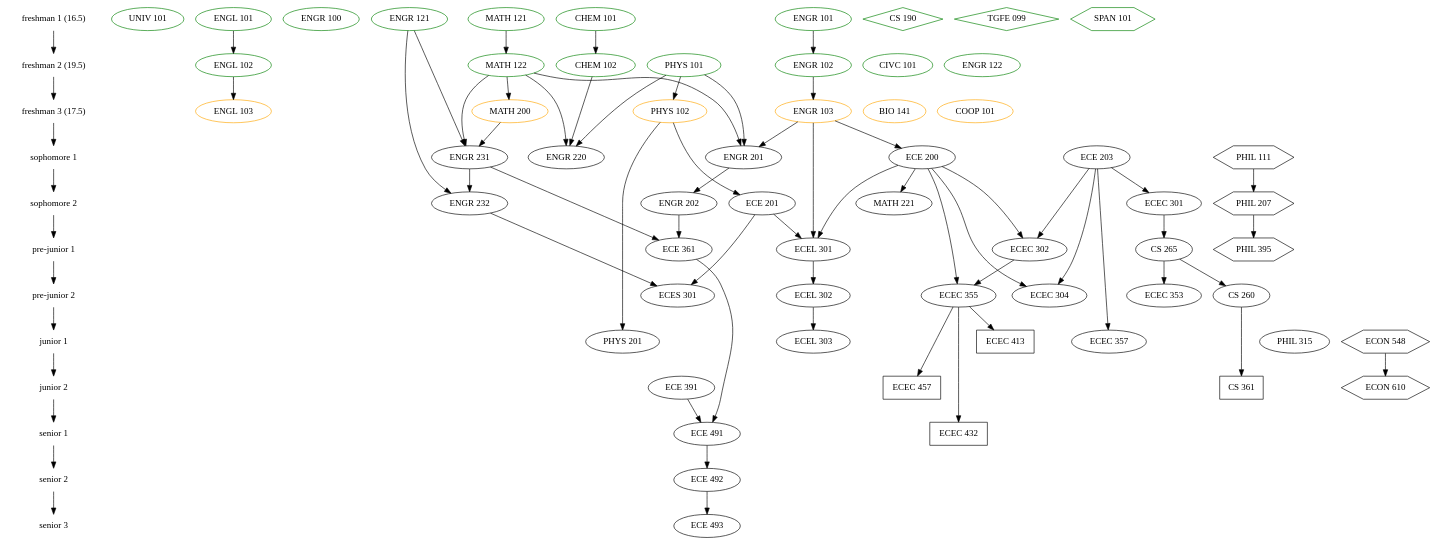
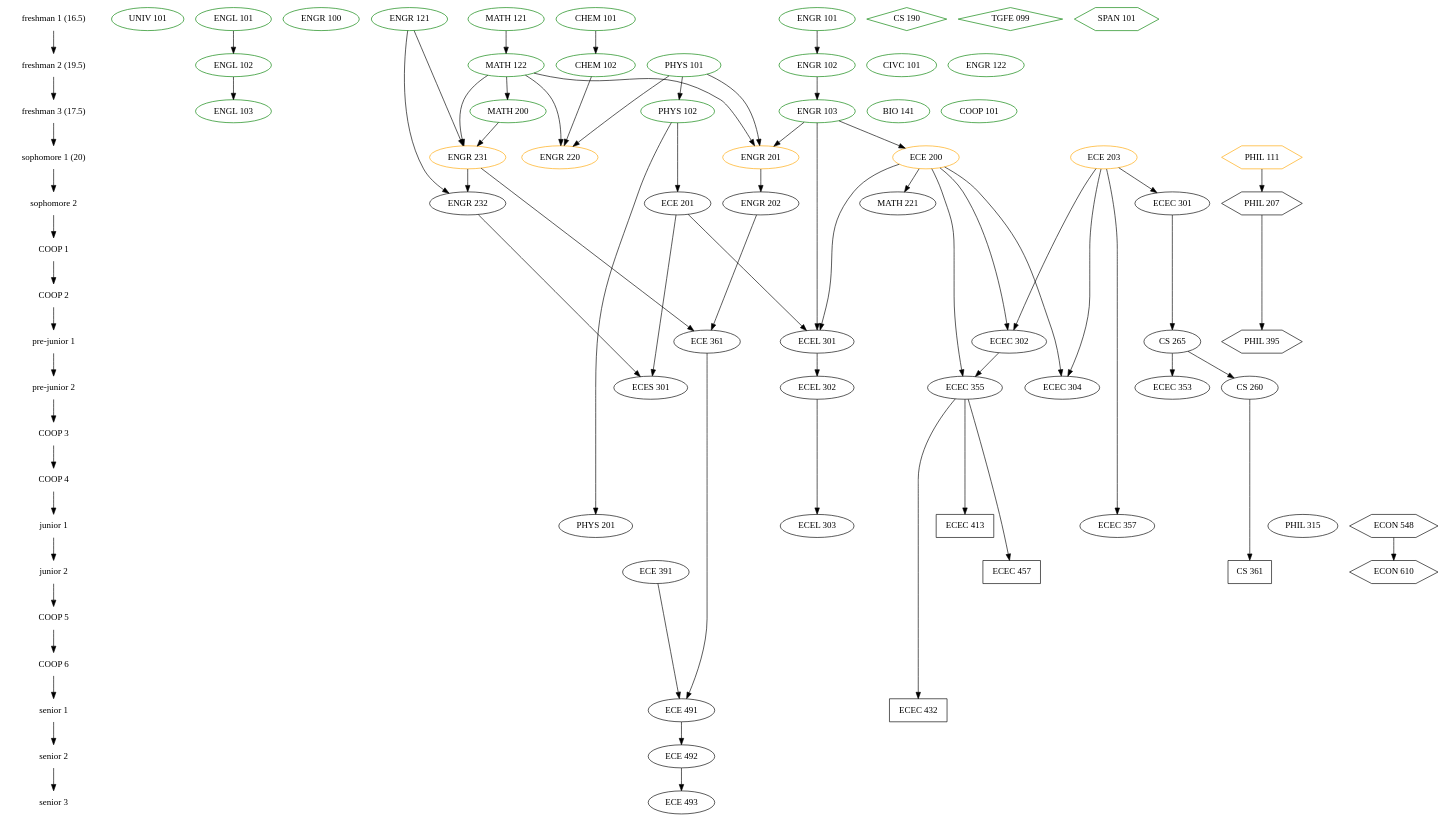
The diagram in classes.gv (Theodus/coursework), drawn with Graphviz before and after one commit. The commit also changed 1 other file, not shown here.

Commit message:
add sophomore 1 classes

```diff
--- a/classes.gv
+++ b/classes.gv
@@ -1,159 +1,167 @@
 /* Key:
 
 color:
 green = already taken
 orange = currently taking
 black = not taken
 
 shape:
 ellipse = fixed major degree requirement
 box = major degree elective
 diamond = free elective
 hexagon = general education elective
 */
 
 digraph Classes {
 
   { node [shape=plaintext]
     "freshman 1 (16.5)" ->
     "freshman 2 (19.5)" ->
     "freshman 3 (17.5)" ->
-    "sophomore 1" ->
+    "sophomore 1 (20)" ->
     "sophomore 2" ->
+    "COOP 1" ->
+    "COOP 2" ->
     "pre-junior 1" ->
     "pre-junior 2" ->
+    "COOP 3" ->
+    "COOP 4" ->
     "junior 1" ->
     "junior 2" ->
+    "COOP 5" ->
+    "COOP 6" ->
     "senior 1" ->
     "senior 2" ->
     "senior 3"
   }
 
   { node [color=green]
     { rank=same "freshman 1 (16.5)"
       "UNIV 101"
       "ENGL 101"
       "ENGR 100"
       "CHEM 101"
       "ENGR 101"
       "ENGR 121"
       "MATH 121"
 
       // AP Credit
       "CS 190" [shape=diamond]
       "TGFE 099" [shape=diamond]
       "SPAN 101" [shape=hexagon]
     }
     { rank=same "freshman 2 (19.5)"
       "CIVC 101"
       "ENGL 102"
       "CHEM 102"
       "ENGR 102"
       "ENGR 122"
       "MATH 122"
       "PHYS 101"
     }
   }
-  { node [color=orange]
+  { node [color=green]
     { rank=same "freshman 3 (17.5)"
       "ENGL 103"
       "ENGR 103"
       "BIO 141"
       "COOP 101"
       "PHYS 102"
       "MATH 200"
     }
   }
-  { rank=same "sophomore 1"
-    "ENGR 201"
-    "ENGR 220"
-    "ENGR 231"
-    "ECE 203"
-    "ECE 200"
-    "PHIL 111" [shape=hexagon]
+  { node [color=orange]
+    { rank=same "sophomore 1 (20)"
+      "ENGR 201"
+      "ENGR 220"
+      "ENGR 231"
+      "ECE 203"
+      "ECE 200"
+      "PHIL 111" [shape=hexagon]
+    }
   }
   { rank=same "sophomore 2"
     "ECE 201"
     "ECEC 301"
     "ENGR 202"
     "ENGR 232"
     "MATH 221"
     "PHIL 207" [shape=hexagon]
   }
   { rank=same "pre-junior 1"
     "ECEC 302"
     "ECEL 301"
     "ECE 361"
     "CS 265"
     "PHIL 395" [shape=hexagon]
   }
   { rank=same "pre-junior 2"
     "ECEC 304"
     "ECEC 355"
     "ECEL 302"
     "ECES 301"
     "CS 260"
     "ECEC 353"
   }
   { rank=same "junior 1"
     "ECEC 357"
     "ECEL 303"
     "PHYS 201"
     "PHIL 315"
     "ECEC 413" [shape=box]
     "ECON 548" [shape=hexagon]
   }
   { rank=same "junior 2"
     "ECE 391"
     "CS 361" [shape=box]
     "ECEC 457" [shape=box]
     "ECON 610" [shape=hexagon]
   }
   { rank=same "senior 1"
     "ECE 491"
     "ECEC 432" [shape=box]
   }
   { rank=same "senior 2"
     "ECE 492"
   }
   { rank=same "senior 3"
     "ECE 493"
   }
 
   // General Education/Liberal Studies
 
   "CIVC 101"
   "ENGL 101" -> "ENGL 102" -> "ENGL 103"
   "PHIL 315"
   "UNIV 101"
 
   "PHIL 111" -> "PHIL 207" -> "PHIL 395"
   "ECON 548" -> "ECON 610"
 
   // Foundation Requirements
 
   "BIO 141"
   "CHEM 101" -> "CHEM 102"
   "PHYS 101" -> "PHYS 102" -> "PHYS 201"
   "PHYS 102" -> "ECE 201"
   "MATH 121" -> "MATH 122" -> "MATH 200" -> "ENGR 231"
   "ENGR 101" -> "ENGR 102" -> "ENGR 103" -> "ECE 200" -> "MATH 221"
   "ECE 203"
   {"MATH 122" "PHYS 101" "ENGR 103"} -> "ENGR 201" -> "ENGR 202"
   {"CHEM 102" "MATH 122" "PHYS 101"} -> "ENGR 220"
   {"MATH 122" "ENGR 121"} -> "ENGR 231"
   {"ENGR 231" "ENGR 121"} -> "ENGR 232"
 
   // Professional Requirements
 
   "ECE 203" -> "ECEC 301" -> "CS 265" -> "CS 260" -> "CS 361"
   {"ENGR 202" "ENGR 231"} -> "ECE 361"
   {"ECE 391" "ECE 361"} -> "ECE 491" -> "ECE 492" -> "ECE 493"
   {"ECE 203" "ECE 200"} -> "ECEC 302"
   {"ECE 200" "ECE 203"} -> "ECEC 304"
   "CS 265" -> "ECEC 353"
   {"ECE 200" "ECEC 302"} -> "ECEC 355" -> {"ECEC 413" "ECEC 457" "ECEC 432"}
   "ECE 203" -> "ECEC 357"
   {"ENGR 103" "ECE 200" "ECE 201"} -> "ECEL 301" -> "ECEL 302" -> "ECEL 303"
   {"ENGR 232" "ECE 201"} -> "ECES 301"
 }
```
